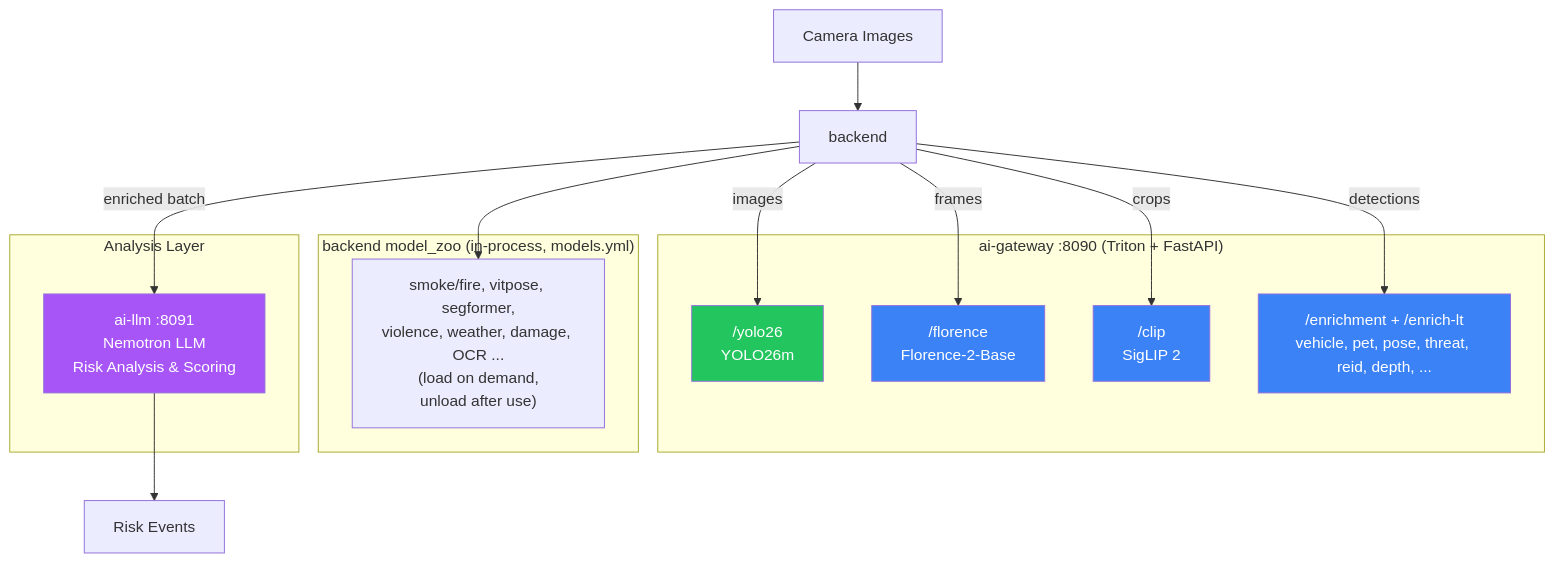
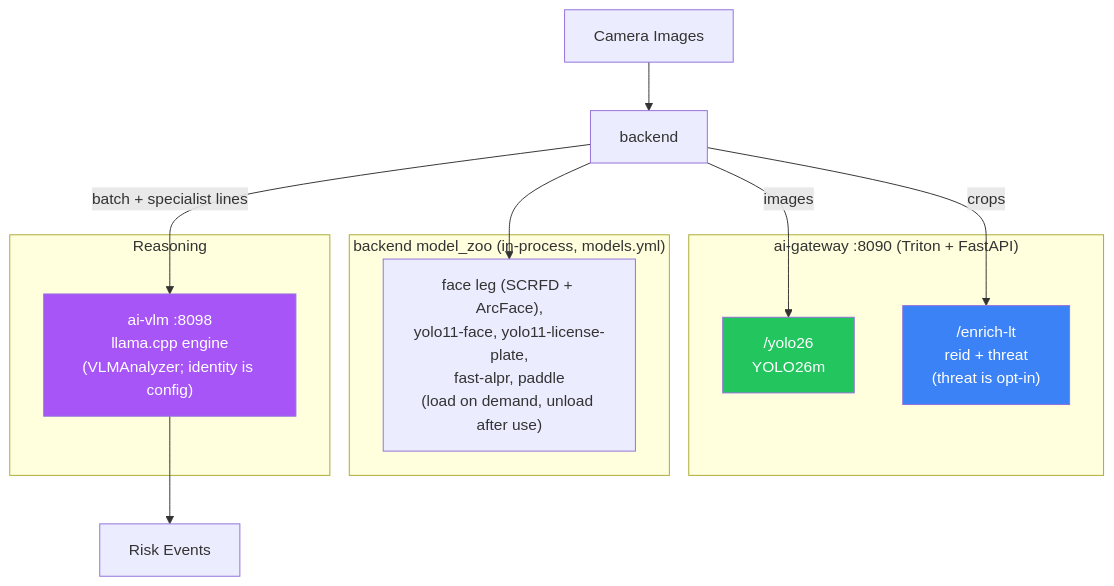
One commit to mikesvoboda/nemotron-v3-home-security-intelligence changed the diagram in docs/reference/models.md. Above: the diagram before and after it, drawn with Mermaid. The commit also changed other lines of this file and 21 other files, not shown here.

````diff
--- a/docs/reference/models.md
+++ b/docs/reference/models.md
@@ -1119,33 +505,27 @@
 ```mermaid
 flowchart TD
     CAM[Camera Images] --> BE[backend]
 
     subgraph Gateway["ai-gateway :8090 (Triton + FastAPI)"]
         YOLO["/yolo26<br/>YOLO26m"]
-        FLO["/florence<br/>Florence-2-Base"]
-        CLIP["/clip<br/>SigLIP 2"]
-        ENR["/enrichment + /enrich-lt<br/>vehicle, pet, pose, threat, reid, depth, ..."]
+        ENRLT["/enrich-lt<br/>reid + threat<br/>(threat is opt-in)"]
     end
 
     subgraph Zoo["backend model_zoo (in-process, models.yml)"]
-        HEAVY["smoke/fire, vitpose, segformer,<br/>violence, weather, damage, OCR ...<br/>(load on demand,<br/>unload after use)"]
+        LOOKUP["face leg (SCRFD + ArcFace),<br/>yolo11-face, yolo11-license-plate,<br/>fast-alpr, paddle<br/>(load on demand, unload after use)"]
     end
 
-    subgraph Analysis["Analysis Layer"]
-        NEM["ai-llm :8091<br/>Nemotron LLM<br/>Risk Analysis & Scoring"]
+    subgraph Reasoning["Reasoning"]
+        VLM["ai-vlm :8098<br/>llama.cpp engine<br/>(VLMAnalyzer; identity is config)"]
     end
 
     BE -->|images| YOLO
-    BE -->|detections| ENR
-    BE -->|frames| FLO
-    BE -->|crops| CLIP
-    BE --> HEAVY
-    BE -->|enriched batch| NEM
-    NEM --> OUT[Risk Events]
+    BE -->|crops| ENRLT
+    BE --> LOOKUP
+    BE -->|batch + specialist lines| VLM
+    VLM --> OUT[Risk Events]
 
     style YOLO fill:#22C55E,color:#fff
-    style ENR fill:#3B82F6,color:#fff
-    style FLO fill:#3B82F6,color:#fff
-    style CLIP fill:#3B82F6,color:#fff
-    style NEM fill:#A855F7,color:#fff
+    style ENRLT fill:#3B82F6,color:#fff
+    style VLM fill:#A855F7,color:#fff
 ```
````
